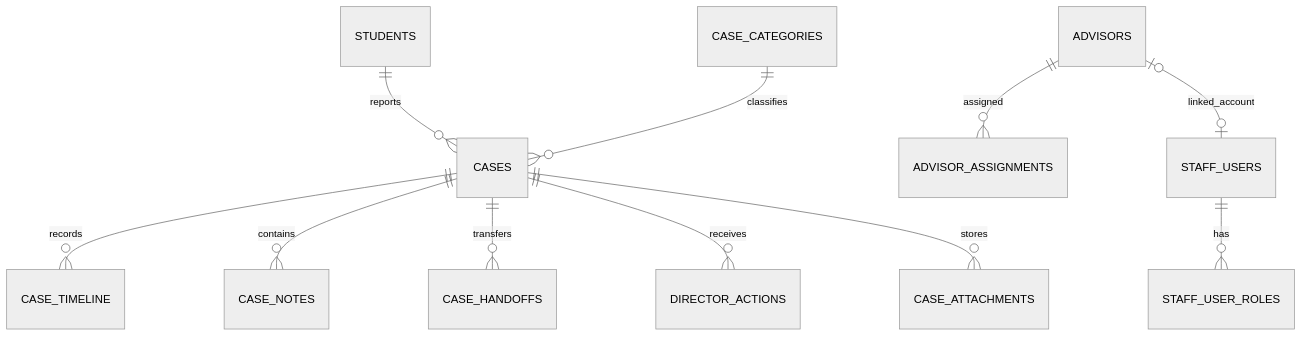
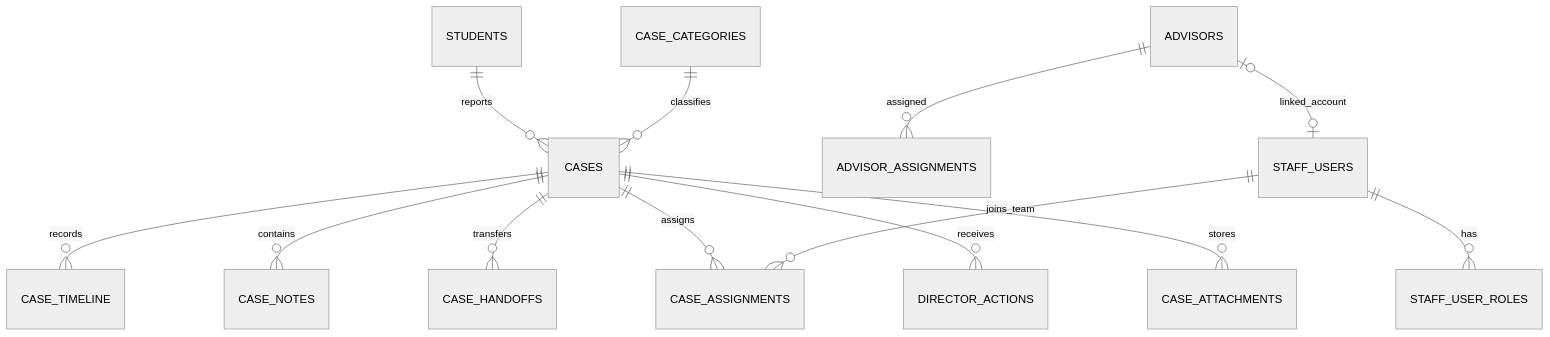
One commit to cboontact/code-redbox changed the third of 4 diagrams in README.md. Above: the diagram before and after it, drawn with Mermaid (neutral theme). The commit also changed other lines of this file and 24 other files, not shown here.

````diff
--- a/README.md
+++ b/README.md
@@ -753,13 +770,15 @@
 ```mermaid
 erDiagram
   STUDENTS ||--o{ CASES : reports
   CASE_CATEGORIES ||--o{ CASES : classifies
   ADVISORS ||--o{ ADVISOR_ASSIGNMENTS : assigned
   ADVISORS o|--o| STAFF_USERS : linked_account
   STAFF_USERS ||--o{ STAFF_USER_ROLES : has
   CASES ||--o{ CASE_TIMELINE : records
   CASES ||--o{ CASE_NOTES : contains
   CASES ||--o{ CASE_HANDOFFS : transfers
+  CASES ||--o{ CASE_ASSIGNMENTS : assigns
+  STAFF_USERS ||--o{ CASE_ASSIGNMENTS : joins_team
   CASES ||--o{ DIRECTOR_ACTIONS : receives
   CASES ||--o{ CASE_ATTACHMENTS : stores
 ```
````
